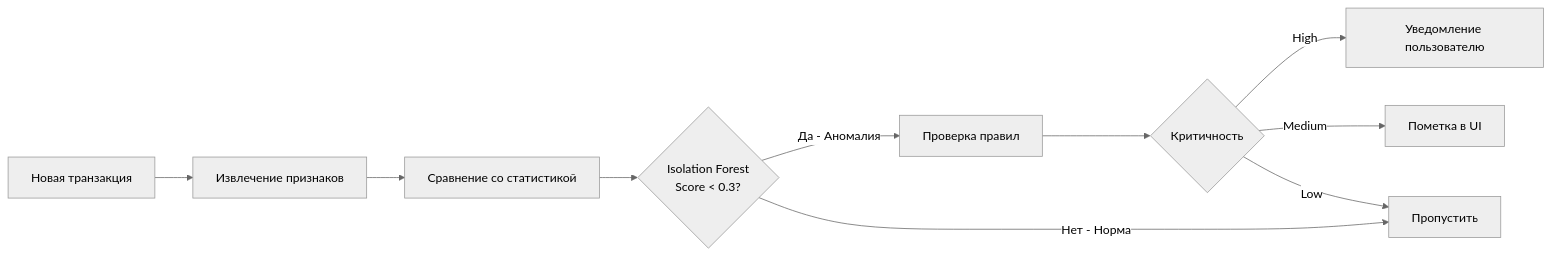
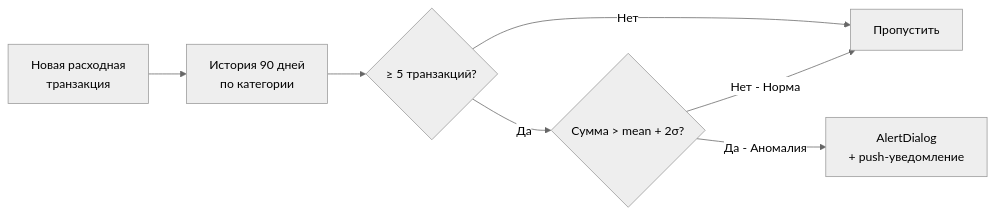
One commit to LiebeBleck/FinWise_v2 changed the tenth of 14 diagrams in README.md. Above: the diagram before and after it, drawn with Mermaid (neutral theme). The commit also changed other lines of this file, not shown here.

````diff
--- a/README.md
+++ b/README.md
@@ -674,12 +677,9 @@
 ```mermaid
 flowchart LR
-    A[Новая транзакция] --> B[Извлечение признаков]
-    B --> C[Сравнение со статистикой]
-    C --> D{Isolation Forest<br/>Score < 0.3?}
-    D -->|Да - Аномалия| E[Проверка правил]
-    D -->|Нет - Норма| F[Пропустить]
-    E --> G{Критичность}
-    G -->|High| H[Уведомление пользователю]
-    G -->|Medium| I[Пометка в UI]
-    G -->|Low| F
+    A[Новая расходная<br/>транзакция] --> B[История 90 дней<br/>по категории]
+    B --> C{≥ 5 транзакций?}
+    C -->|Нет| F[Пропустить]
+    C -->|Да| D{Сумма > mean + 2σ?}
+    D -->|Да - Аномалия| E[AlertDialog<br/>+ push-уведомление]
+    D -->|Нет - Норма| F
 ```
````
